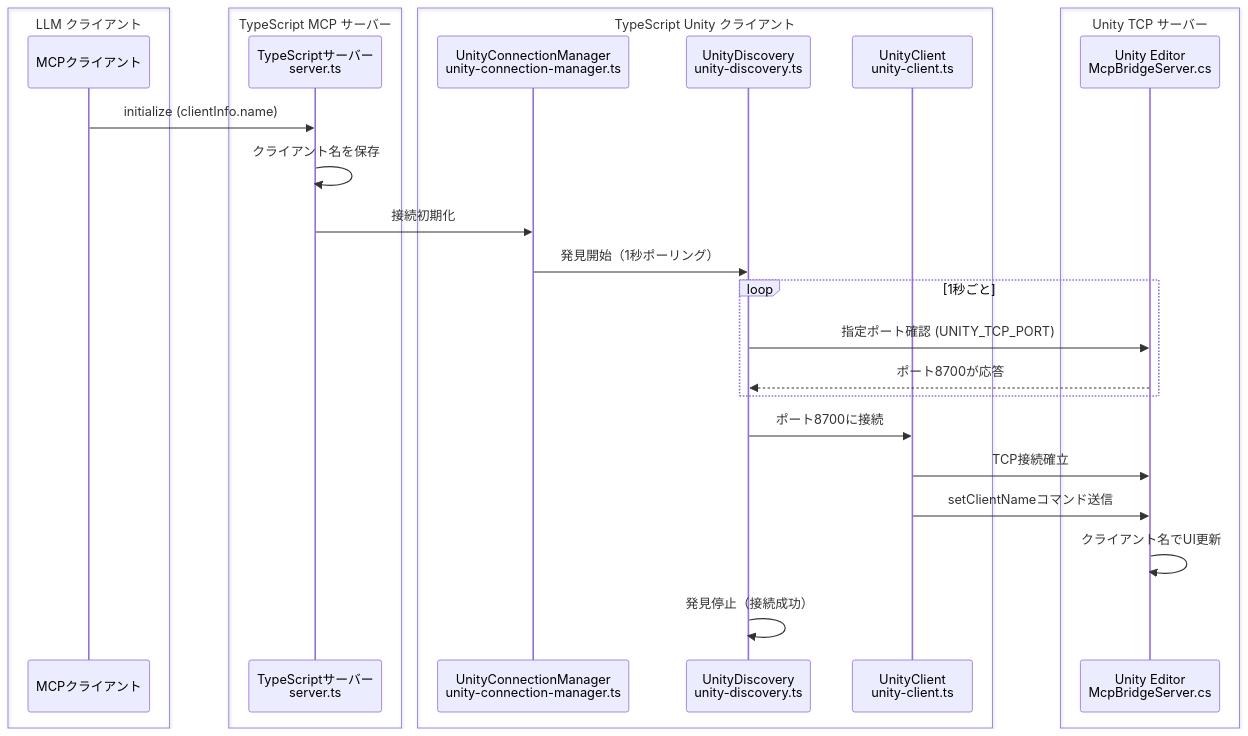
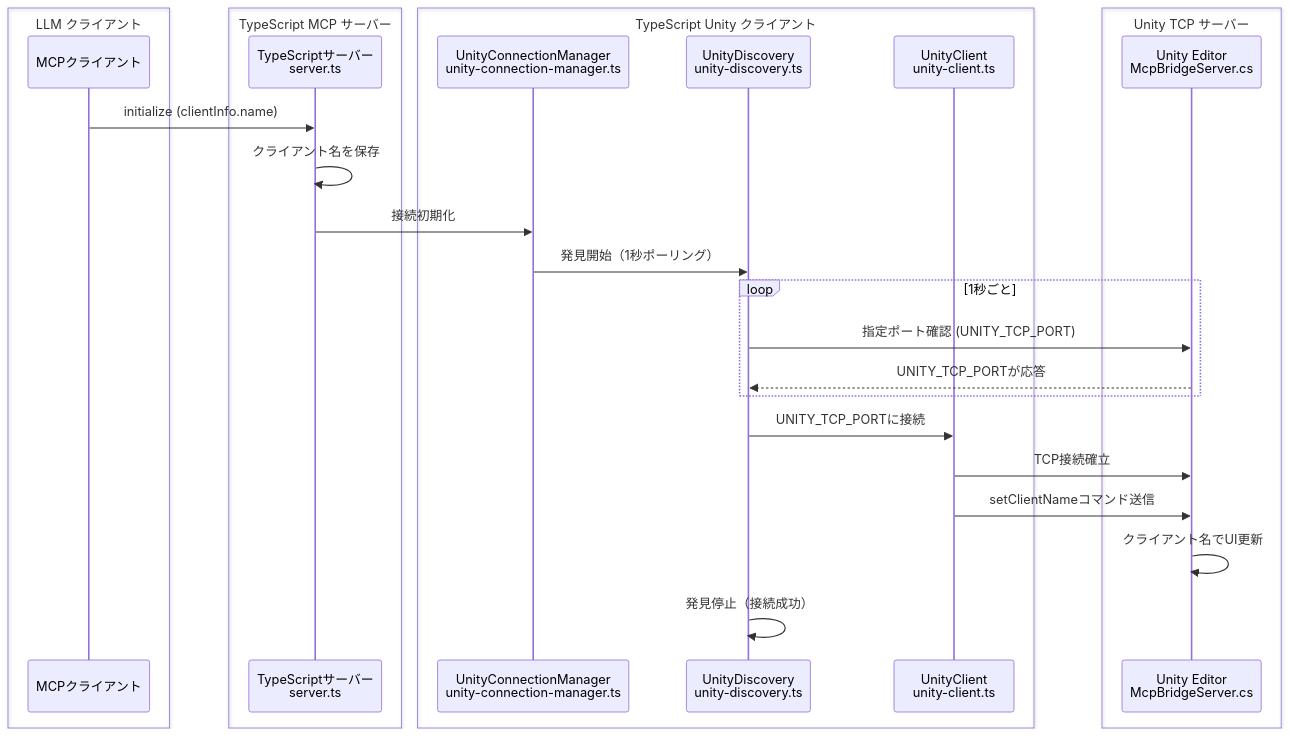
One commit to hatayama/uLoopMCP changed the sixth of 16 diagrams in Packages/src/ARCHITECTURE_ja.md. Above: the diagram before and after it, drawn with Mermaid. The commit also changed other lines of this file and 1 other file, not shown here.

Commit message:
docs: replace hardcoded port references with UNITY_TCP_PORT in diagrams
Remove remaining literal port numbers (8700) from sequence diagrams
and mermaid charts to maintain consistency with single-port strategy

````diff
--- a/Packages/src/ARCHITECTURE_ja.md
+++ b/Packages/src/ARCHITECTURE_ja.md
@@ -457,36 +457,36 @@
 ```mermaid
 sequenceDiagram
     box LLM クライアント
     participant MCP as MCPクライアント
     end
     
     box TypeScript MCP サーバー
     participant TS as TypeScriptサーバー<br/>server.ts
     end
     
     box TypeScript Unity クライアント
     participant UCM as UnityConnectionManager<br/>unity-connection-manager.ts
     participant UD as UnityDiscovery<br/>unity-discovery.ts
     participant UC as UnityClient<br/>unity-client.ts
     end
     
     box Unity TCP サーバー
     participant Unity as Unity Editor<br/>McpBridgeServer.cs
     end
     
     MCP->>TS: initialize (clientInfo.name)
     TS->>TS: クライアント名を保存
     TS->>UCM: 接続初期化
     UCM->>UD: 発見開始（1秒ポーリング）
     
     loop 1秒ごと
         UD->>Unity: 指定ポート確認 (UNITY_TCP_PORT)
-        Unity-->>UD: ポート8700が応答
+        Unity-->>UD: UNITY_TCP_PORTが応答
     end
     
-    UD->>UC: ポート8700に接続
+    UD->>UC: UNITY_TCP_PORTに接続
     UC->>Unity: TCP接続確立
     UC->>Unity: setClientNameコマンド送信
     Unity->>Unity: クライアント名でUI更新
     UD->>UD: 発見停止（接続成功）
 ```
````
